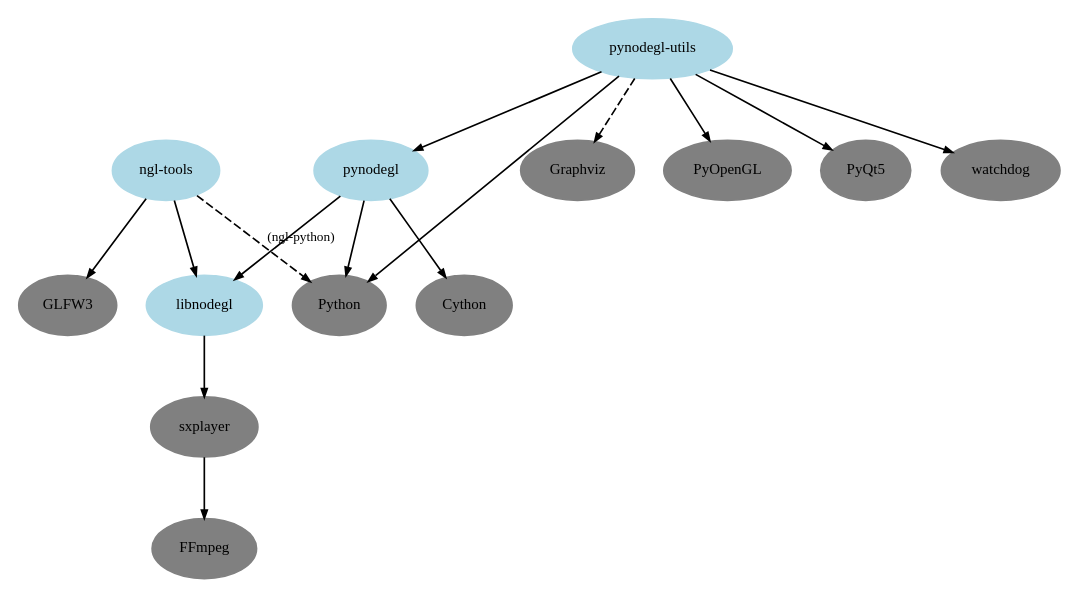
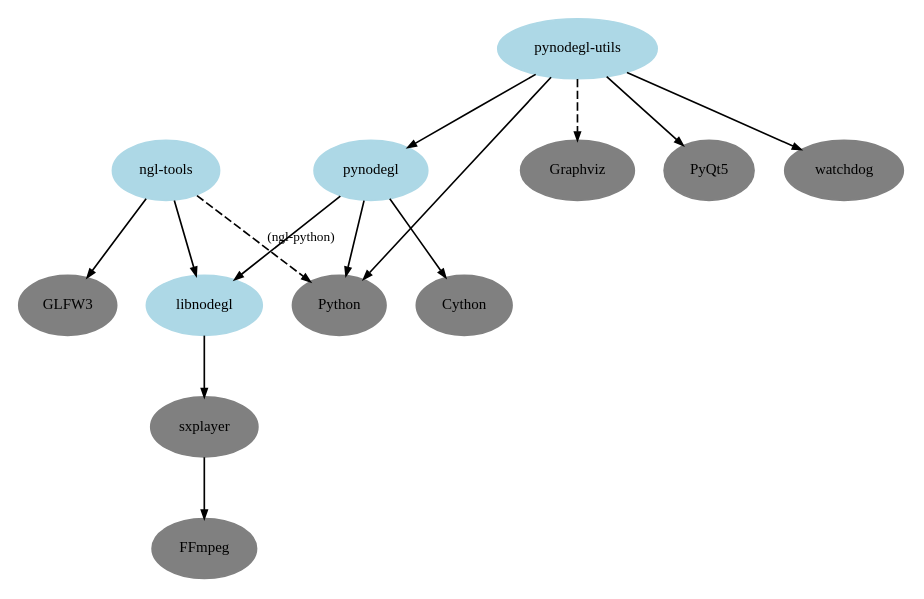
One commit to NopeForge/nope.gl changed the diagram in doc/project/dependencies.dot. Above: the diagram before and after it, drawn with Graphviz. The commit also changed 2 other files, not shown here.

Commit message:
utils: drop now uneeded PyOpenGL dependency

```diff
--- a/doc/project/dependencies.dot
+++ b/doc/project/dependencies.dot
@@ -1,38 +1,36 @@
 digraph {
     splines=line
 
     node[style=filled,fontsize=9]
     edge[fontsize=8,arrowsize=0.5]
 
     node[color=lightblue]
     libnodegl
     ngl_tools[label="ngl-tools"]
     pynodegl
     pynodegl_utils[label="pynodegl-utils"]
 
     node[color=gray]
     cython[label="Cython"]
     ffmpeg[label="FFmpeg"]
     glfw3[label="GLFW3"]
     graphviz[label="Graphviz"]
-    pyopengl[label="PyOpenGL"]
     pyqt5[label="PyQt5"]
     python[label="Python"]
     sxplayer
     watchdog
 
     sxplayer -> ffmpeg
     libnodegl -> sxplayer
     ngl_tools -> libnodegl
     ngl_tools -> glfw3
     ngl_tools -> python[style=dashed,label="(ngl-python)"]
     pynodegl -> libnodegl
     pynodegl -> python
     pynodegl -> cython
     pynodegl_utils -> python
     pynodegl_utils -> pynodegl
     pynodegl_utils -> graphviz[style=dashed]
     pynodegl_utils -> pyqt5
-    pynodegl_utils -> pyopengl
     pynodegl_utils -> watchdog
 }
```
